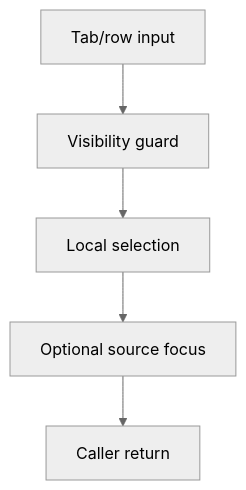
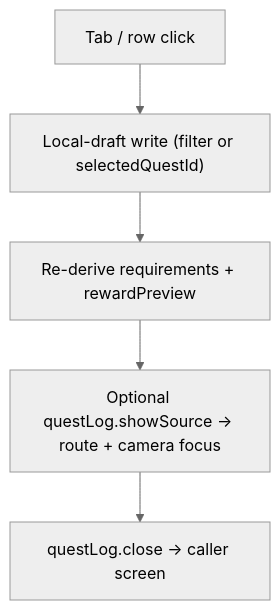
One commit to SunaNoOshiro/Heroes_Reforged_AI_Realms changed the third of 5 diagrams in docs/architecture/wiki/screens/11-quest-log/architecture.md. Above: the diagram before and after it, drawn with Mermaid (neutral theme). The commit also changed other lines of this file and 518 other files, not shown here.

First line of the commit message:
Add doc-audit skill and sweep architecture/screen docs

````diff
--- a/docs/architecture/wiki/screens/11-quest-log/architecture.md
+++ b/docs/architecture/wiki/screens/11-quest-log/architecture.md
@@ -44,8 +50,8 @@
 ```mermaid
 flowchart TD
-  I0["Tab/row input"] --> I1
-  I1["Visibility guard"] --> I2
-  I2["Local selection"] --> I3
-  I3["Optional source focus"] --> I4
-  I4["Caller return"]
+  I0["Tab / row click"] --> I1
+  I1["Local-draft write (filter or selectedQuestId)"] --> I2
+  I2["Re-derive requirements + rewardPreview"] --> I3
+  I3["Optional questLog.showSource → route + camera focus"] --> I4
+  I4["questLog.close → caller screen"]
 ```
````
